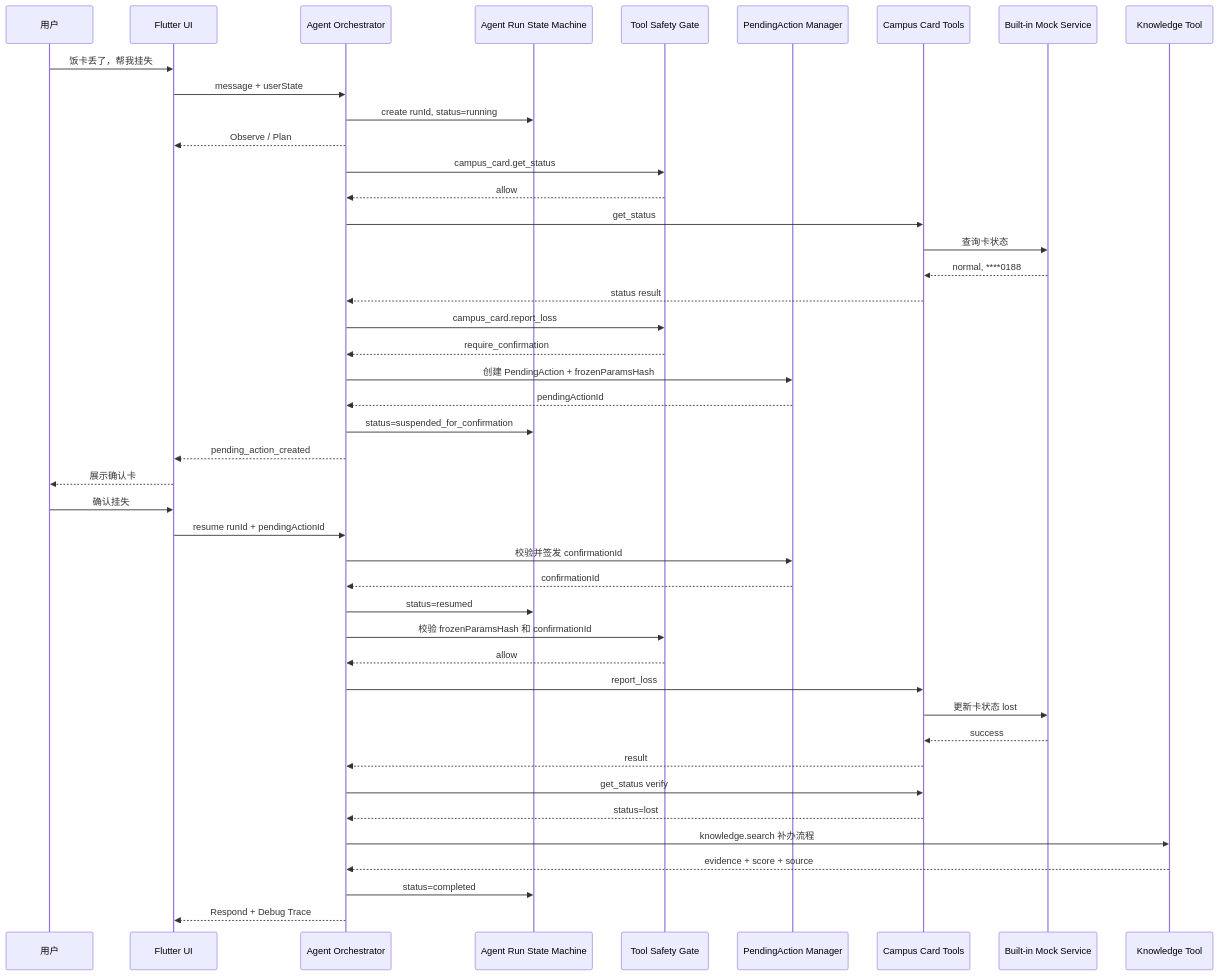
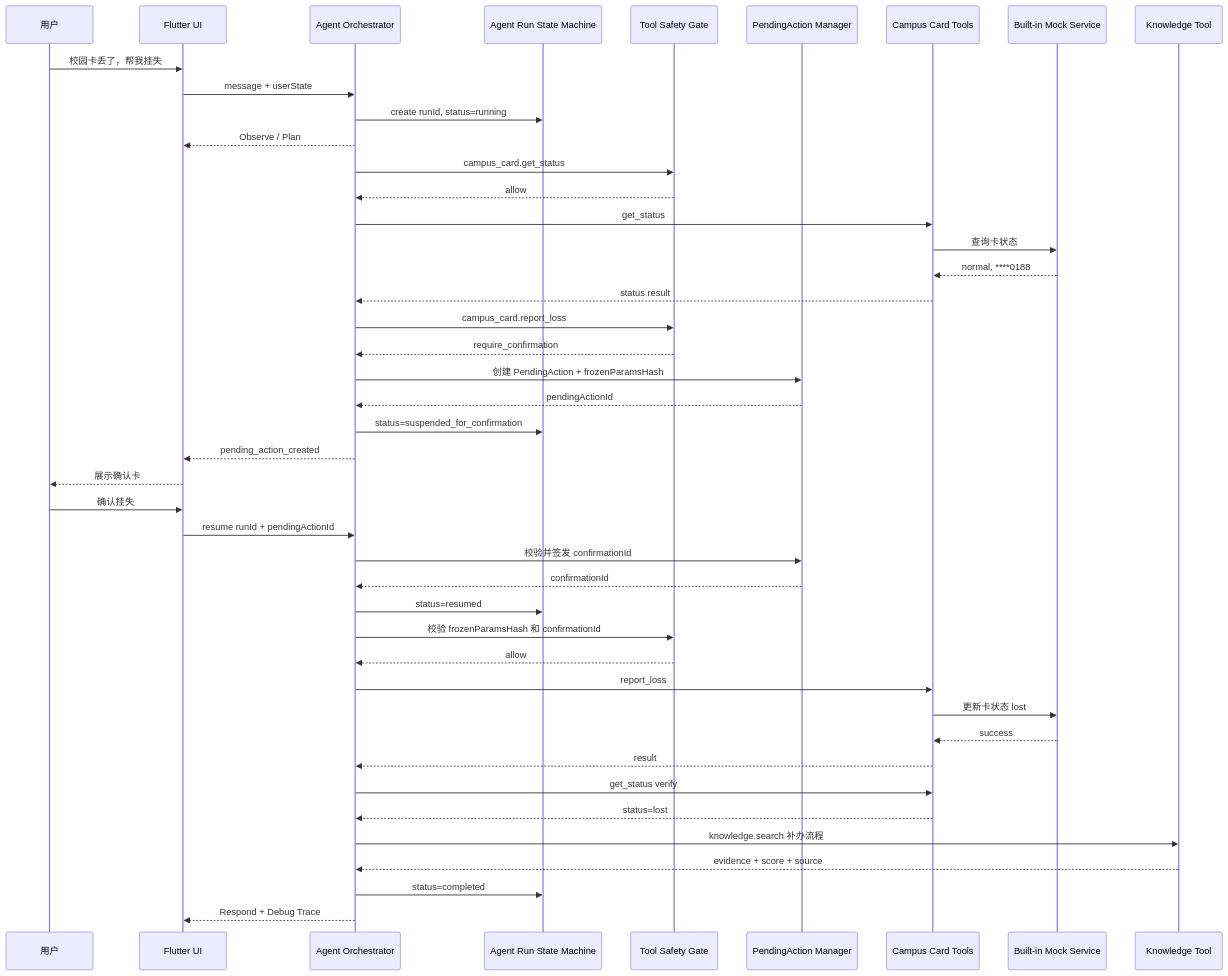
Before and after one commit to sotice/campus--agent: the third of 3 diagrams in docs/系统架构设计.md, drawn with Mermaid. The commit also changed other lines of this file and 7 other files, not shown here.

````diff
--- a/docs/系统架构设计.md
+++ b/docs/系统架构设计.md
@@ -261,50 +261,50 @@
 ```mermaid
 sequenceDiagram
     participant User as 用户
     participant UI as Flutter UI
     participant Agent as Agent Orchestrator
     participant Run as Agent Run State Machine
     participant Gate as Tool Safety Gate
     participant PA as PendingAction Manager
     participant Tool as Campus Card Tools
     participant Data as Built-in Mock Service
     participant KB as Knowledge Tool
 
-    User->>UI: 饭卡丢了，帮我挂失
+    User->>UI: 校园卡丢了，帮我挂失
     UI->>Agent: message + userState
     Agent->>Run: create runId, status=running
     Agent-->>UI: Observe / Plan
     Agent->>Gate: campus_card.get_status
     Gate-->>Agent: allow
     Agent->>Tool: get_status
     Tool->>Data: 查询卡状态
     Data-->>Tool: normal, ****0188
     Tool-->>Agent: status result
 
     Agent->>Gate: campus_card.report_loss
     Gate-->>Agent: require_confirmation
     Agent->>PA: 创建 PendingAction + frozenParamsHash
     PA-->>Agent: pendingActionId
     Agent->>Run: status=suspended_for_confirmation
     Agent-->>UI: pending_action_created
     UI-->>User: 展示确认卡
 
     User->>UI: 确认挂失
     UI->>Agent: resume runId + pendingActionId
     Agent->>PA: 校验并签发 confirmationId
     PA-->>Agent: confirmationId
     Agent->>Run: status=resumed
     Agent->>Gate: 校验 frozenParamsHash 和 confirmationId
     Gate-->>Agent: allow
     Agent->>Tool: report_loss
     Tool->>Data: 更新卡状态 lost
     Data-->>Tool: success
     Tool-->>Agent: result
 
     Agent->>Tool: get_status verify
     Tool-->>Agent: status=lost
     Agent->>KB: knowledge.search 补办流程
     KB-->>Agent: evidence + score + source
     Agent->>Run: status=completed
     Agent-->>UI: Respond + Debug Trace
 ```
````
